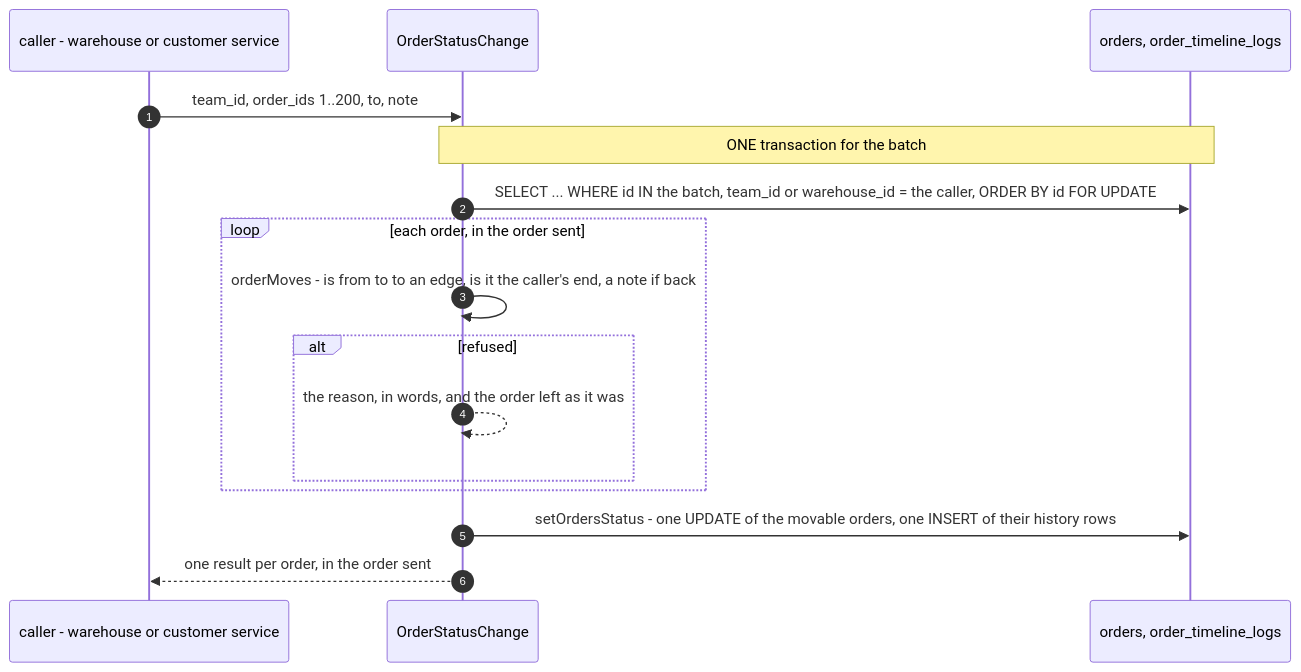
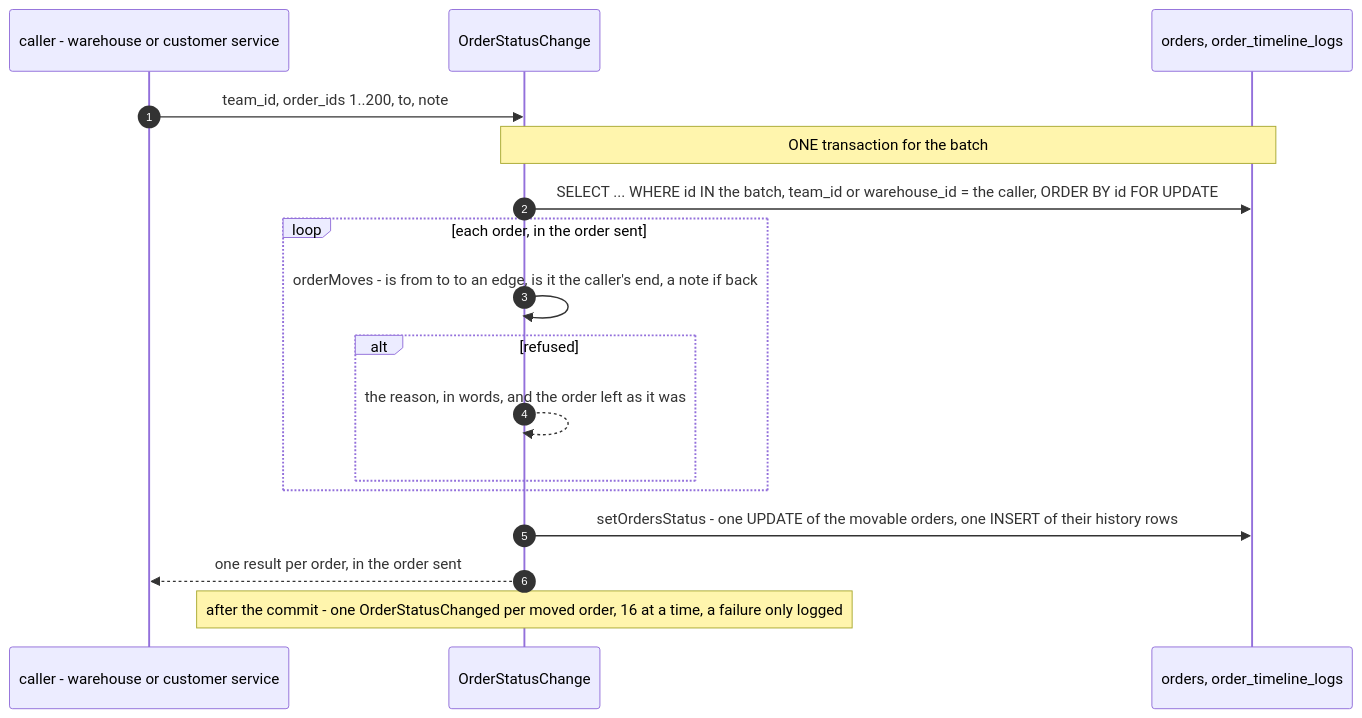
Before and after one commit to pdcgo/warehouse_revamp: the second of 16 diagrams in docs/services/selling_service/rpc.md, drawn with Mermaid. The commit also changed other lines of this file and 34 other files, not shown here.

First line of the commit message:
feat(order): the five order metrics — the status event, the fold and OrderAnalyticService

````diff
--- a/docs/services/selling_service/rpc.md
+++ b/docs/services/selling_service/rpc.md
@@ -47,19 +47,20 @@
 ```mermaid
 sequenceDiagram
     autonumber
     participant C as caller - warehouse or customer service
     participant S as OrderStatusChange
     participant DB as orders, order_timeline_logs
 
     C->>S: team_id, order_ids 1..200, to, note
     Note over S,DB: ONE transaction for the batch
     S->>DB: SELECT ... WHERE id IN the batch, team_id or warehouse_id = the caller, ORDER BY id FOR UPDATE
     loop each order, in the order sent
         S->>S: orderMoves - is from to to an edge, is it the caller's end, a note if back
         alt refused
             S-->>S: the reason, in words, and the order left as it was
         end
     end
     S->>DB: setOrdersStatus - one UPDATE of the movable orders, one INSERT of their history rows
     S-->>C: one result per order, in the order sent
+    Note over S: after the commit - one OrderStatusChanged per moved order, 16 at a time, a failure only logged
 ```
````
